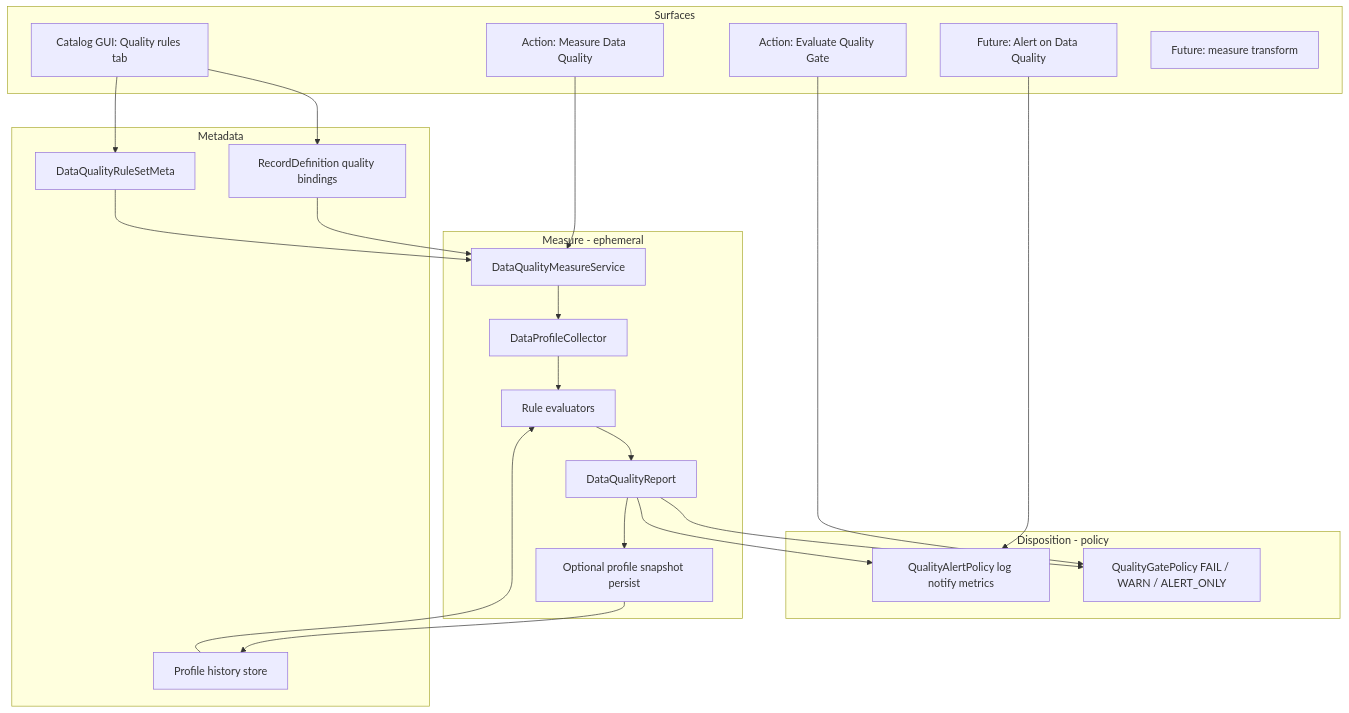
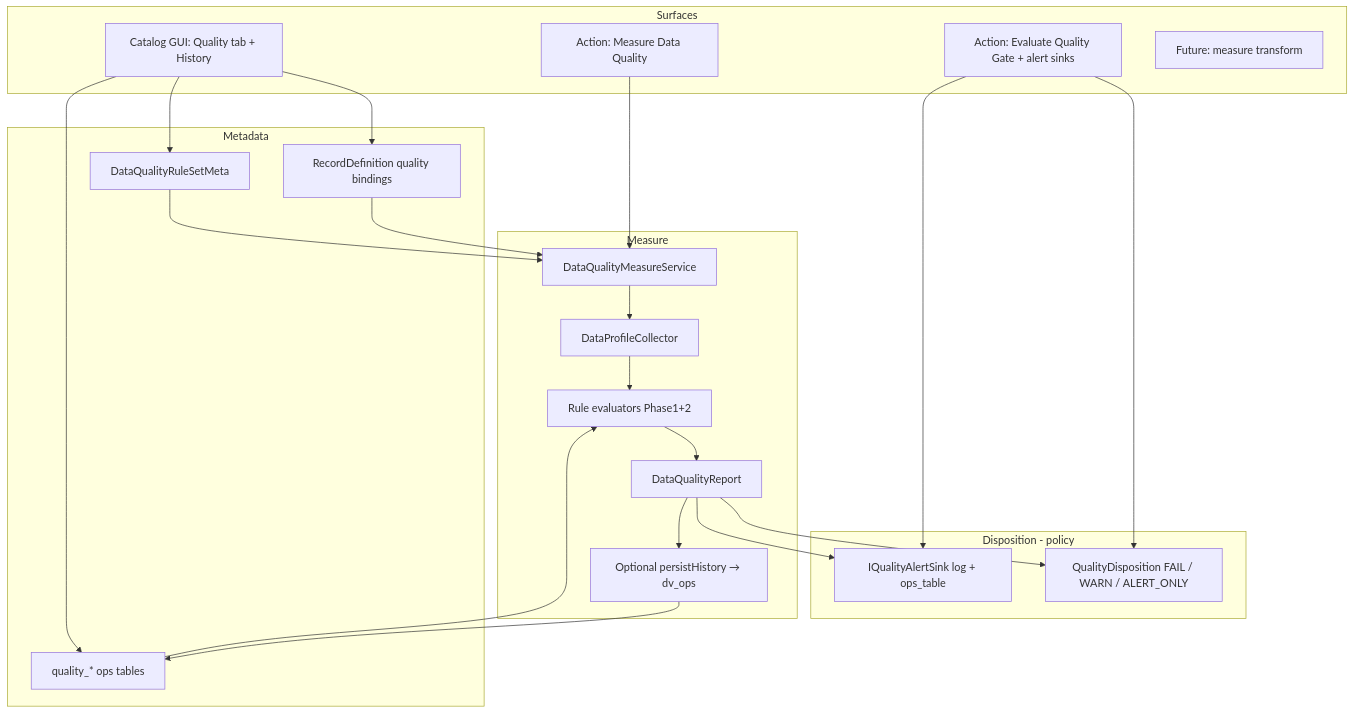
Before and after one commit to mattcasters/hop-data-vault: the second of 2 diagrams in docs/plans/data-quality-architecture-plan.md, drawn with Mermaid. The commit also changed other lines of this file and 4 other files, not shown here.

First line of the commit message:
docs: data quality Phase 2 (rules, persist, alerts, retail targets)

````diff
--- a/docs/plans/data-quality-architecture-plan.md
+++ b/docs/plans/data-quality-architecture-plan.md
@@ -97,43 +97,43 @@
 ```mermaid
 flowchart TB
   subgraph surfaces [Surfaces]
-    GUI["Catalog GUI: Quality rules tab"]
+    GUI["Catalog GUI: Quality tab + History"]
     ActMeasure["Action: Measure Data Quality"]
-    ActGate["Action: Evaluate Quality Gate"]
-    ActAlert["Future: Alert on Data Quality"]
+    ActGate["Action: Evaluate Quality Gate + alert sinks"]
     Xform["Future: measure transform"]
   end
 
-  subgraph measure [Measure - ephemeral]
+  subgraph measure [Measure]
     Svc["DataQualityMeasureService"]
     Prof["DataProfileCollector"]
-    Engine["Rule evaluators"]
+    Engine["Rule evaluators Phase1+2"]
     Report["DataQualityReport"]
-    Snap["Optional profile snapshot persist"]
+    Snap["Optional persistHistory → dv_ops"]
   end
 
   subgraph disposition [Disposition - policy]
-    Gate["QualityGatePolicy FAIL / WARN / ALERT_ONLY"]
-    Alert["QualityAlertPolicy log notify metrics"]
+    Gate["QualityDisposition FAIL / WARN / ALERT_ONLY"]
+    Alert["IQualityAlertSink log + ops_table"]
   end
 
   subgraph meta [Metadata]
     Lib["DataQualityRuleSetMeta"]
     RD["RecordDefinition quality bindings"]
-    Hist["Profile history store"]
+    Hist["quality_* ops tables"]
   end
 
   GUI --> RD
   GUI --> Lib
+  GUI --> Hist
   ActMeasure --> Svc
   ActGate --> Gate
-  ActAlert --> Alert
+  ActGate --> Alert
   Svc --> Prof --> Engine --> Report
   Report --> Gate
   Report --> Alert
   Report --> Snap
   Lib --> Svc
   RD --> Svc
   Snap --> Hist
   Hist --> Engine
 ```
````
